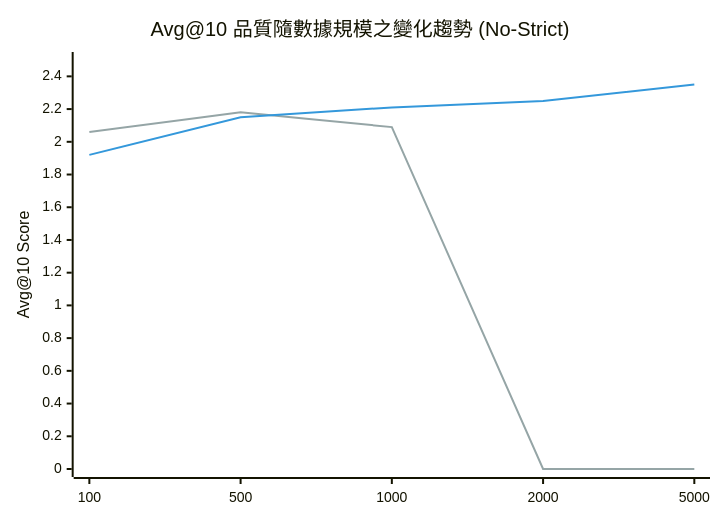
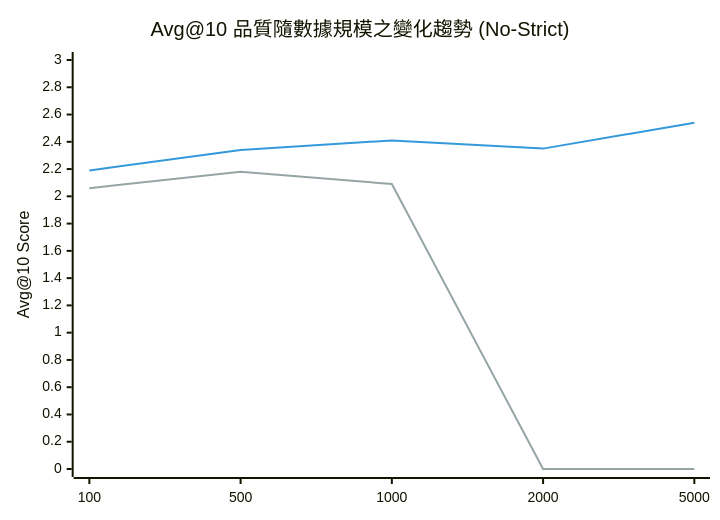
Before and after one commit to wangicheng/hybrid-reasoner: diagram 11 of 12 in docs/report.md, drawn with Mermaid. The commit also changed other lines of this file and 40 other files, not shown here.

````diff
--- a/docs/report.md
+++ b/docs/report.md
@@ -421,9 +379,9 @@
 ```mermaid
 %%{init: { 'themeVariables': { 'xyChart': { 'plotColorPalette': '#95A5A6, #3498DB' } } } }%%
 xychart-beta
     title "Avg@10 品質隨數據規模之變化趨勢 (No-Strict)"
     x-axis ["100", "500", "1000", "2000", "5000"]
-    y-axis "Avg@10 Score" 0 --> 2.5
+    y-axis "Avg@10 Score" 0 --> 3.0
     line [2.06, 2.18, 2.09, 0, 0]
-    line [1.92, 2.15, 2.21, 2.25, 2.35]
+    line [2.19, 2.34, 2.41, 2.35, 2.54]
 ```
````
